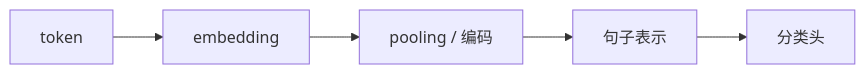
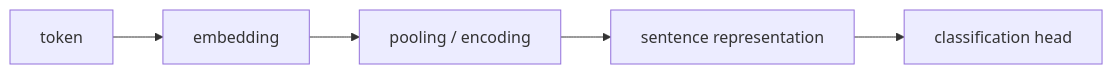
The diagram in docs/ch11-nlp/ch03-classification/02-deep-learning-methods.md (oudbiao/AI-fullstack-course), drawn with Mermaid before and after one commit. The commit also changed other lines of this file and 1406 other files, not shown here.

````diff
--- a/docs/ch11-nlp/ch03-classification/02-deep-learning-methods.md
+++ b/docs/ch11-nlp/ch03-classification/02-deep-learning-methods.md
@@ -44,7 +44,7 @@
 ```mermaid
 flowchart LR
     A["token"] --> B["embedding"]
-    B --> C["pooling / 编码"]
-    C --> D["句子表示"]
-    D --> E["分类头"]
+    B --> C["pooling / encoding"]
+    C --> D["sentence representation"]
+    D --> E["classification head"]
 ```
````
